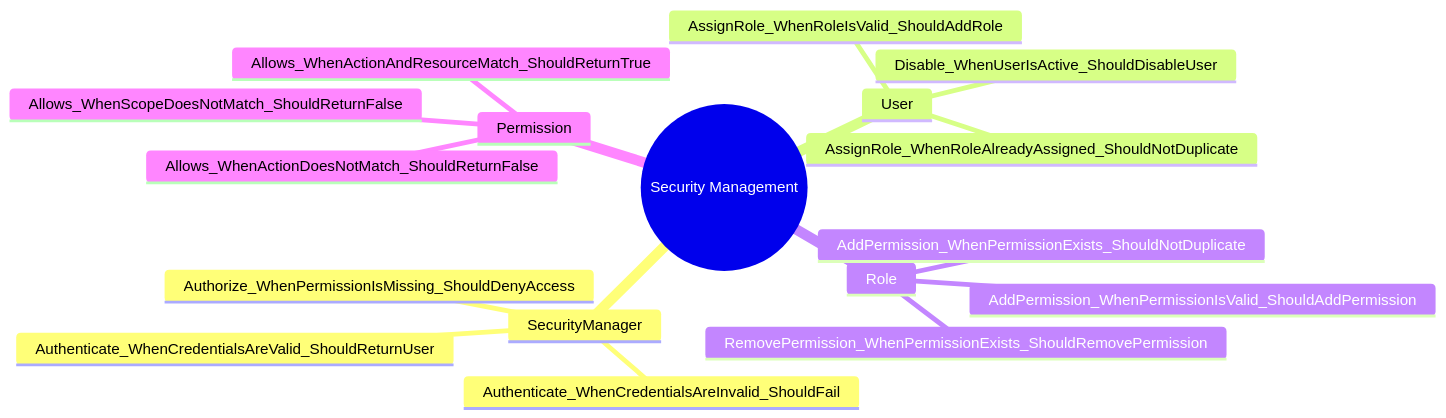
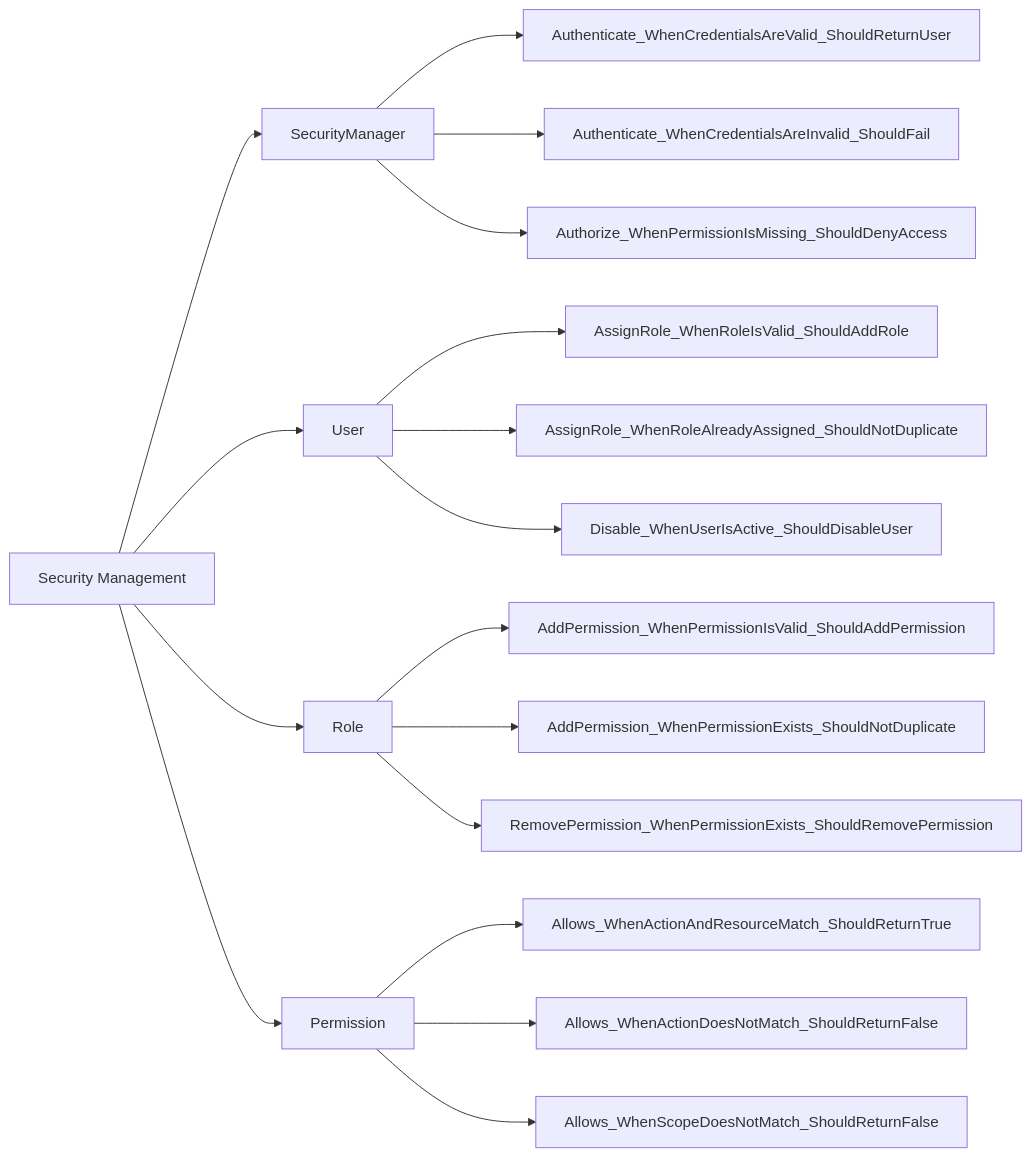
Diagram 17 of 19 in README.md (manaxpow/DBMS), drawn with Mermaid before and after one commit. The commit also changed other lines of this file and 84 other files, not shown here.

````diff
--- a/README.md
+++ b/README.md
@@ -453,20 +505,22 @@
 ```mermaid
-mindmap
-  root((Security Management))
-    SecurityManager
-      Authenticate_WhenCredentialsAreValid_ShouldReturnUser
-      Authenticate_WhenCredentialsAreInvalid_ShouldFail
-      Authorize_WhenPermissionIsMissing_ShouldDenyAccess
-    User
-      AssignRole_WhenRoleIsValid_ShouldAddRole
-      AssignRole_WhenRoleAlreadyAssigned_ShouldNotDuplicate
-      Disable_WhenUserIsActive_ShouldDisableUser
-    Role
-      AddPermission_WhenPermissionIsValid_ShouldAddPermission
-      AddPermission_WhenPermissionExists_ShouldNotDuplicate
-      RemovePermission_WhenPermissionExists_ShouldRemovePermission
-    Permission
-      Allows_WhenActionAndResourceMatch_ShouldReturnTrue
-      Allows_WhenActionDoesNotMatch_ShouldReturnFalse
-      Allows_WhenScopeDoesNotMatch_ShouldReturnFalse
+flowchart LR
+    Subsystem[Security Management] --> SecurityManagerClass[SecurityManager]
+    SecurityManagerClass --> Authenticate_WhenCredentialsAreValid_ShouldReturnUser
+    SecurityManagerClass --> Authenticate_WhenCredentialsAreInvalid_ShouldFail
+    SecurityManagerClass --> Authorize_WhenPermissionIsMissing_ShouldDenyAccess
+    
+    Subsystem --> User
+    User --> AssignRole_WhenRoleIsValid_ShouldAddRole
+    User --> AssignRole_WhenRoleAlreadyAssigned_ShouldNotDuplicate
+    User --> Disable_WhenUserIsActive_ShouldDisableUser
+    
+    Subsystem --> Role
+    Role --> AddPermission_WhenPermissionIsValid_ShouldAddPermission
+    Role --> AddPermission_WhenPermissionExists_ShouldNotDuplicate
+    Role --> RemovePermission_WhenPermissionExists_ShouldRemovePermission
+    
+    Subsystem --> Permission
+    Permission --> Allows_WhenActionAndResourceMatch_ShouldReturnTrue
+    Permission --> Allows_WhenActionDoesNotMatch_ShouldReturnFalse
+    Permission --> Allows_WhenScopeDoesNotMatch_ShouldReturnFalse
 ```
````
